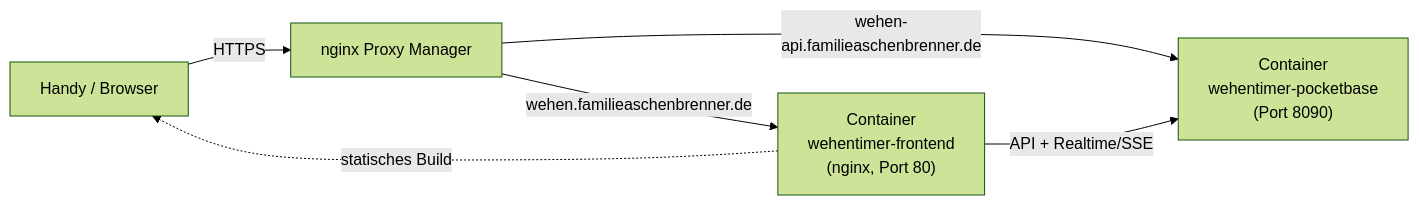
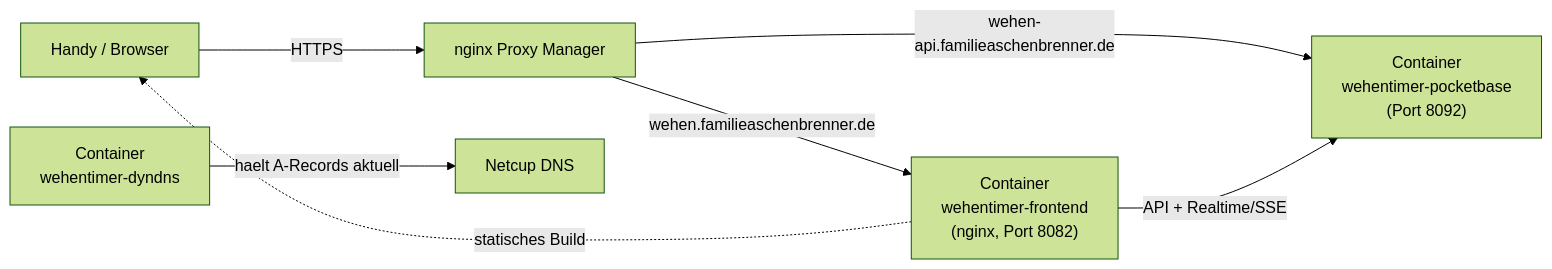
One commit to AschenRob/wehentimer changed the diagram in INITIAL_DEPLOYMENT.md. Above: the diagram before and after it, drawn with Mermaid (forest theme). The commit also changed other lines of this file and 20 other files, not shown here.

````diff
--- a/INITIAL_DEPLOYMENT.md
+++ b/INITIAL_DEPLOYMENT.md
@@ -12,8 +13,9 @@
 ```mermaid
 flowchart LR
     Handy["Handy / Browser"] -->|HTTPS| NPM["nginx Proxy Manager"]
-    NPM -->|wehen.familieaschenbrenner.de| FE["Container\nwehentimer-frontend\n(nginx, Port 80)"]
-    NPM -->|wehen-api.familieaschenbrenner.de| BE["Container\nwehentimer-pocketbase\n(Port 8090)"]
+    NPM -->|wehen.familieaschenbrenner.de| FE["Container\nwehentimer-frontend\n(nginx, Port 8082)"]
+    NPM -->|wehen-api.familieaschenbrenner.de| BE["Container\nwehentimer-pocketbase\n(Port 8092)"]
+    DDNS["Container\nwehentimer-dyndns"] -->|haelt A-Records aktuell| Netcup["Netcup DNS"]
     FE -.statisches Build.-> Handy
     FE -->|API + Realtime/SSE| BE
 ```
````
